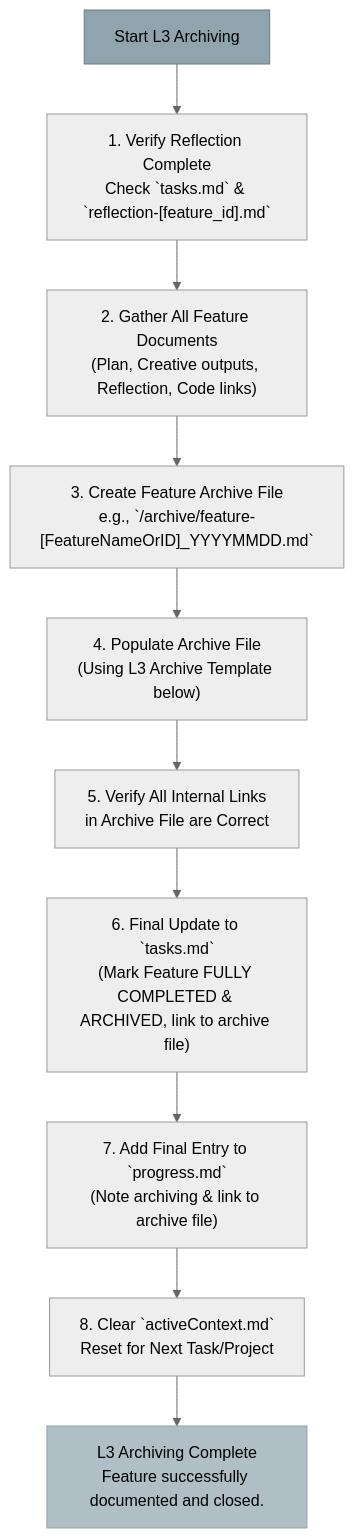
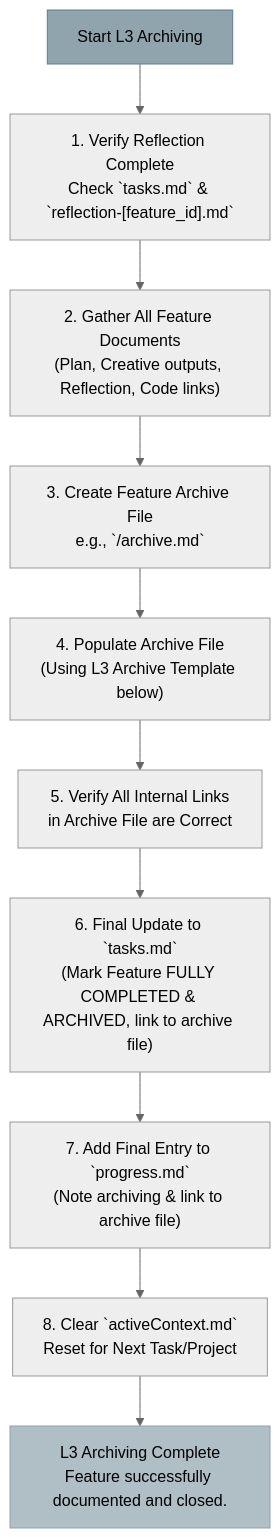
The diagram in .cursor/rules/isolation_rules/Level3/archive-intermediate.mdc (jedita/cursor-memory-bank), drawn with Mermaid (neutral theme) before and after one commit. The commit also changed other lines of this file and 16 other files, not shown here.

`````diff
--- a/.cursor/rules/isolation_rules/Level3/archive-intermediate.mdc
+++ b/.cursor/rules/isolation_rules/Level3/archive-intermediate.mdc
@@ -23,16 +23,16 @@
 ```mermaid
 graph TD
     StartArchive["Start L3 Archiving"] -->
     VerifyReflect["1. Verify Reflection Complete<br>Check `tasks.md` & `reflection-[feature_id].md`"] -->
     GatherDocs["2. Gather All Feature Documents<br>(Plan, Creative outputs, Reflection, Code links)"] -->
-    CreateArchiveFile["3. Create Feature Archive File<br>e.g., `<MB_ROOT>/archive/feature-[FeatureNameOrID]_YYYYMMDD.md`"] -->
+    CreateArchiveFile["3. Create Feature Archive File<br>e.g., `<MB_ROOT>/archive.md`"] -->
     PopulateArchive["4. Populate Archive File<br>(Using L3 Archive Template below)"] -->
     VerifyLinks["5. Verify All Internal Links<br>in Archive File are Correct"] -->
     FinalUpdateTasks["6. Final Update to `tasks.md`<br>(Mark Feature FULLY COMPLETED & ARCHIVED, link to archive file)"] -->
     UpdateProgressFile["7. Add Final Entry to `progress.md`<br>(Note archiving & link to archive file)"] -->
     ClearActiveCtx["8. Clear `activeContext.md`<br>Reset for Next Task/Project"] -->
     ArchiveDone["L3 Archiving Complete<br>Feature successfully documented and closed."]
 
     style StartArchive fill:#90a4ae,stroke:#607d8b
     style ArchiveDone fill:#b0bec5,stroke:#90a4ae
 ````
`````
